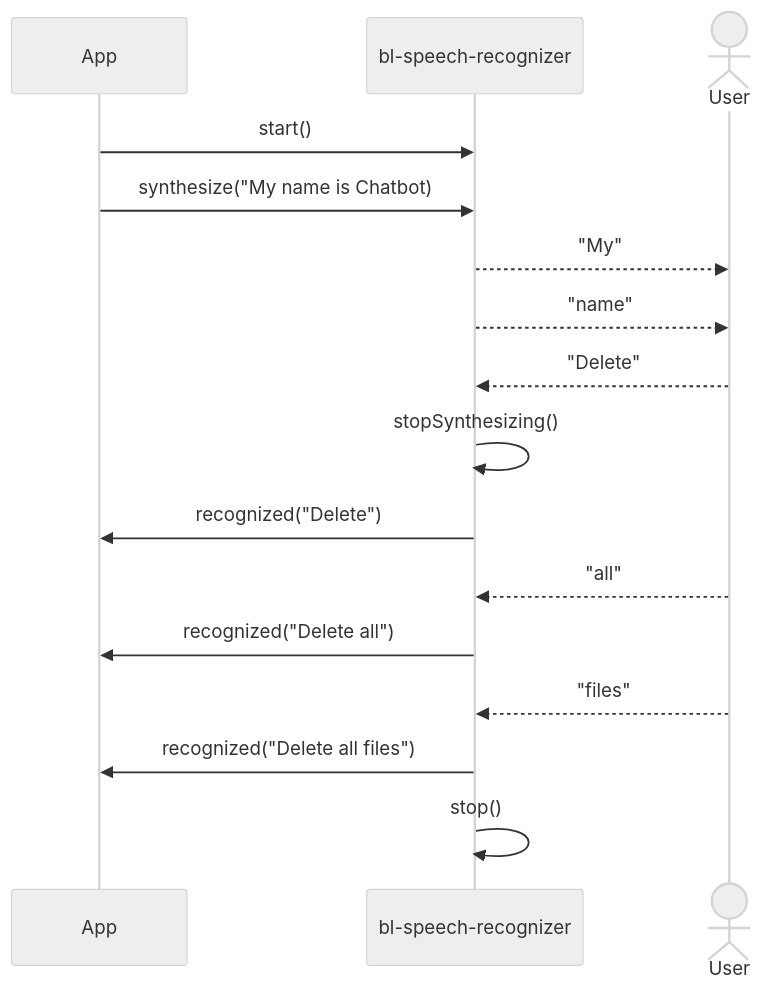
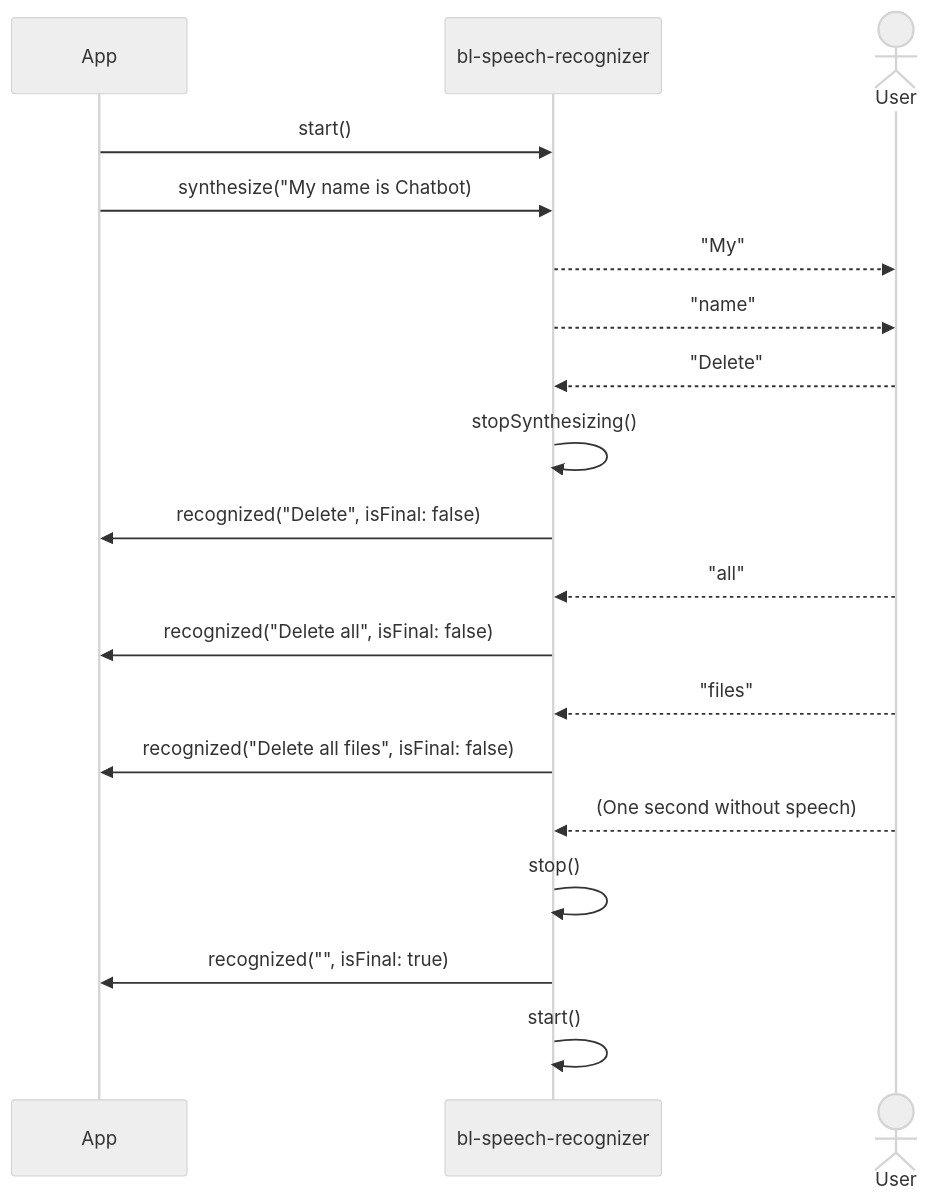
The third of 3 diagrams in README.md (madcato/bl-speech-recognizer), drawn with Mermaid (neutral theme) before and after one commit. The commit also changed 6 other files, not shown here.

````diff
--- a/README.md
+++ b/README.md
@@ -119,16 +119,19 @@
 ```mermaid
 sequenceDiagram
     App->>bl-speech-recognizer: start()
     App->>bl-speech-recognizer: synthesize("My name is Chatbot)
     actor User
     bl-speech-recognizer-->>User: "My"
     bl-speech-recognizer-->>User: "name"
     User-->>bl-speech-recognizer: "Delete"
     bl-speech-recognizer->>bl-speech-recognizer:stopSynthesizing()
-    bl-speech-recognizer->>App: recognized("Delete")
+    bl-speech-recognizer->>App: recognized("Delete", isFinal: false)
     User-->>bl-speech-recognizer: "all"
-    bl-speech-recognizer->>App: recognized("Delete all")
+    bl-speech-recognizer->>App: recognized("Delete all", isFinal: false)
     User-->>bl-speech-recognizer: "files"
-    bl-speech-recognizer->>App: recognized("Delete all files")
+    bl-speech-recognizer->>App: recognized("Delete all files", isFinal: false)
+    User-->>bl-speech-recognizer: (One second without speech)
     bl-speech-recognizer->>bl-speech-recognizer: stop()
+    bl-speech-recognizer->>App: recognized("", isFinal: true)
+    bl-speech-recognizer->>bl-speech-recognizer: start()
 ```
````
